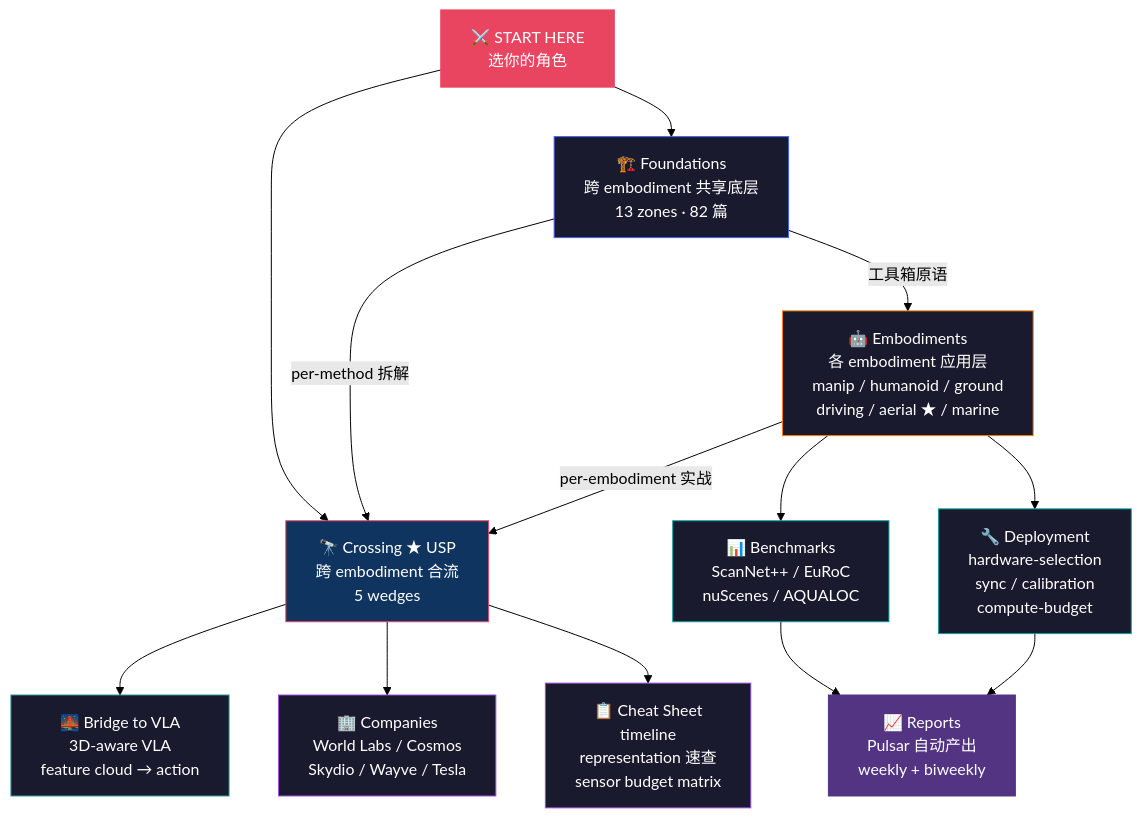
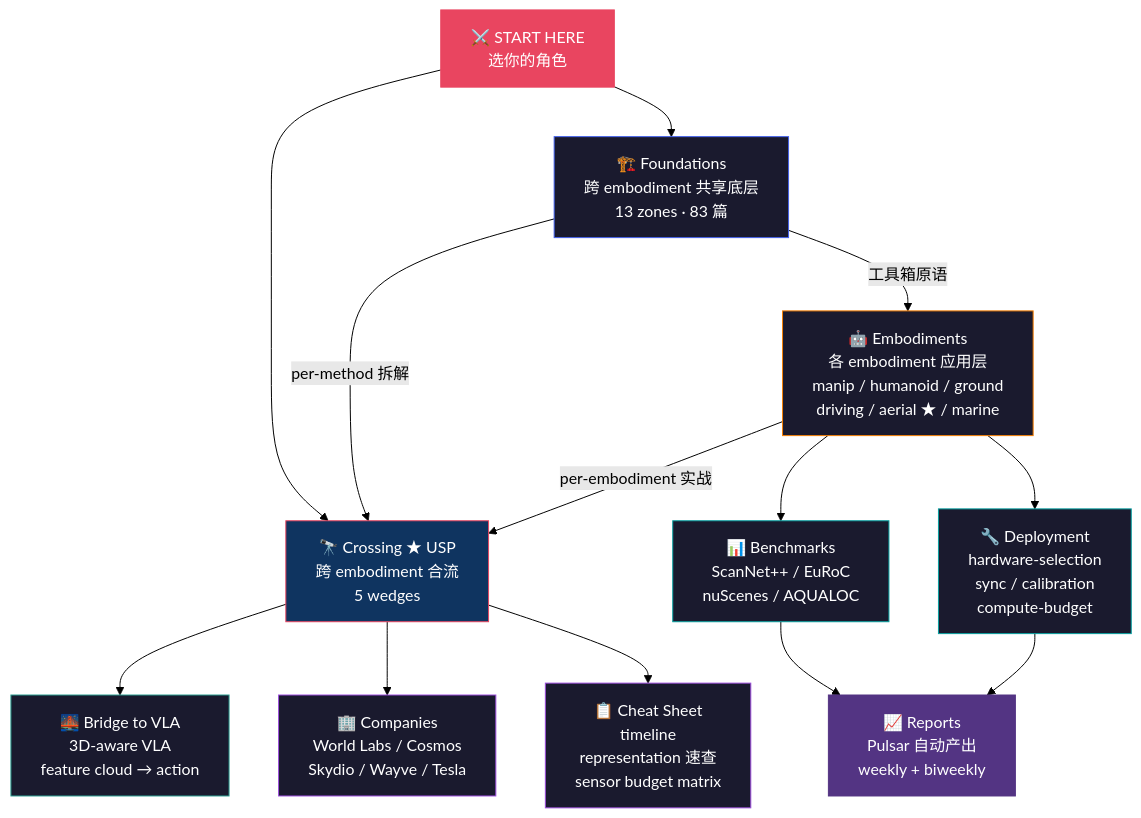
The diagram in README.md (sou350121/Spatial-Intelligence-Handbook), drawn with Mermaid (forest theme) before and after one commit. The commit also changed other lines of this file and 6 other files, not shown here.

````diff
--- a/README.md
+++ b/README.md
@@ -62,31 +62,31 @@
 ```mermaid
 graph TD
-    START["⚔️ START HERE<br/>选你的角色"] --> FOUND["🏗️ Foundations<br/>跨 embodiment 共享底层<br/>13 zones · 82 篇"]
+    START["⚔️ START HERE<br/>选你的角色"] --> FOUND["🏗️ Foundations<br/>跨 embodiment 共享底层<br/>13 zones · 83 篇"]
     START --> CROSS["🔭 Crossing ★ USP<br/>跨 embodiment 合流<br/>5 wedges"]
 
     FOUND -->|"工具箱原语"| EMB["🤖 Embodiments<br/>各 embodiment 应用层<br/>manip / humanoid / ground<br/>driving / aerial ★ / marine"]
     FOUND -->|"per-method 拆解"| CROSS
 
     EMB -->|"per-embodiment 实战"| CROSS
 
     CROSS --> BRIDGE["🌉 Bridge to VLA<br/>3D-aware VLA<br/>feature cloud → action"]
     CROSS --> COMP["🏢 Companies<br/>World Labs / Cosmos<br/>Skydio / Wayve / Tesla"]
     CROSS --> CHEAT["📋 Cheat Sheet<br/>timeline<br/>representation 速查<br/>sensor budget matrix"]
 
     EMB --> BENCH["📊 Benchmarks<br/>ScanNet++ / EuRoC<br/>nuScenes / AQUALOC"]
     EMB --> DEPLOY["🔧 Deployment<br/>hardware-selection<br/>sync / calibration<br/>compute-budget"]
 
     BENCH --> REP["📈 Reports<br/>Pulsar 自动产出<br/>weekly + biweekly"]
     DEPLOY --> REP
 
     style START fill:#e94560,stroke:#e94560,color:#fff
     style FOUND fill:#1a1a2e,stroke:#4361ee,color:#fff
     style EMB fill:#1a1a2e,stroke:#f77f00,color:#fff
     style CROSS fill:#0f3460,stroke:#e94560,color:#fff
     style BRIDGE fill:#1a1a2e,stroke:#2a9d8f,color:#fff
     style COMP fill:#1a1a2e,stroke:#9d4edd,color:#fff
     style CHEAT fill:#1a1a2e,stroke:#9d4edd,color:#fff
     style BENCH fill:#1a1a2e,stroke:#06a0a0,color:#fff
     style DEPLOY fill:#1a1a2e,stroke:#06a0a0,color:#fff
     style REP fill:#533483,stroke:#533483,color:#fff
 ```
````
